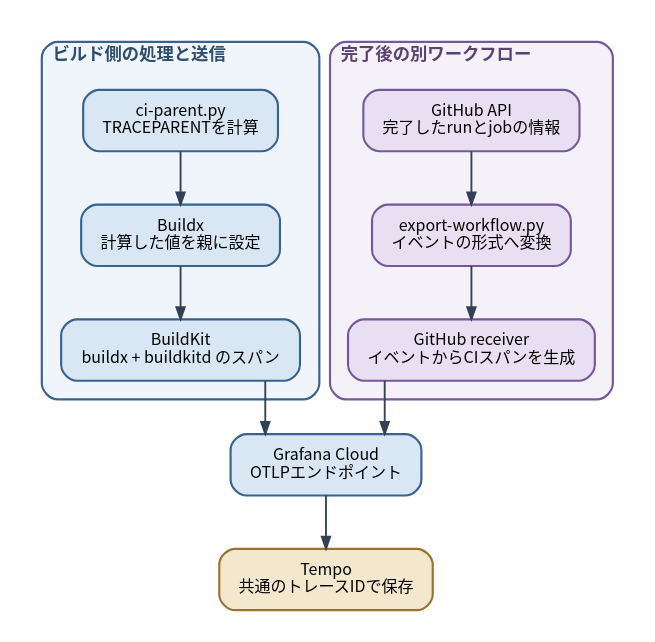
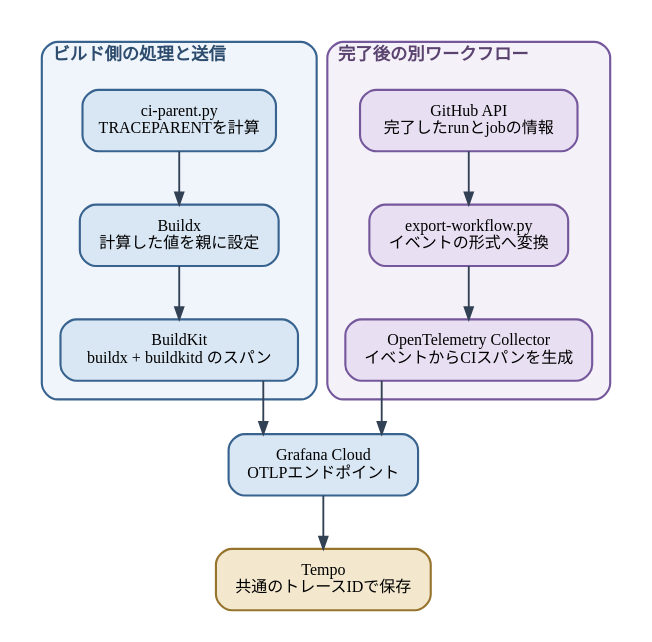
One commit to ymotongpoo/zenn.dev changed the diagram in diagrams/20261028-github-actions-buildkit-otel/20261028-github-actions-buildkit-otel-flow.dot. Above: the diagram before and after it, drawn with Graphviz. The commit also changed 4 other files, not shown here.

```diff
--- a/diagrams/20261028-github-actions-buildkit-otel/20261028-github-actions-buildkit-otel-flow.dot
+++ b/diagrams/20261028-github-actions-buildkit-otel/20261028-github-actions-buildkit-otel-flow.dot
@@ -1,54 +1,54 @@
 // 実証した送信構成を示す独自の図。ソースは以下の2ファイル。
 // https://github.com/ymotongpoo/buildkit-github-actions-otel-spike-20261027/blob/8937d28af8ddcdb5fddace81c0a4815e5a31f51a/scripts/setup-builder.sh
 // https://github.com/ymotongpoo/buildkit-github-actions-otel-spike-20261027/blob/8937d28af8ddcdb5fddace81c0a4815e5a31f51a/scripts/export-workflow.py
 // 矢印はデータの移動だけを表す。親IDの受け渡しもデータとして示し、起動関係は混ぜない。
 // レビューT02により、APIレコードのイベント再構成を独立したノードにした。
 // 左列の時刻は観測した検索可能時刻を示すものではない（C02）。
 digraph ci_buildkit_export {
   graph [
-    fontname="Harano Aji Gothic,Noto Sans CJK JP,IPAGothic", fontsize=13,
+    fontname="IBM Plex Sans JP", fontsize=13,
     rankdir=TB, compound=true, splines=ortho,
     nodesep=0.45, ranksep=0.55, pad=0.22,
     bgcolor="white", newrank=true
   ];
   node [
-    fontname="Harano Aji Gothic,Noto Sans CJK JP,IPAGothic", fontsize=12,
+    fontname="IBM Plex Sans JP", fontsize=12,
     shape=box, style="rounded,filled", penwidth=1.6,
     fillcolor="#D9E7F4", color="#38638F", margin="0.2,0.14"
   ];
   edge [
-    fontname="Harano Aji Gothic,Noto Sans CJK JP,IPAGothic", fontsize=11,
+    fontname="IBM Plex Sans JP", fontsize=11,
     color="#334155", penwidth=1.4, arrowsize=0.9, fontcolor="#1E293B"
   ];
 
   subgraph cluster_build {
     label=<<b>ビルド側の処理と送信</b>>;
     style="rounded"; labeljust="l"; penwidth=1.6; margin=14;
     color="#38638F"; bgcolor="#EFF5FB"; fontcolor="#2E4D6E";
     parent [label="ci-parent.py\nTRACEPARENTを計算"];
     buildx [label="Buildx\n計算した値を親に設定"];
     buildkit [label="BuildKit\nbuildx + buildkitd のスパン"];
     parent -> buildx;
     buildx -> buildkit;
   }
 
   subgraph cluster_ci {
     label=<<b>完了後の別ワークフロー</b>>;
     style="rounded"; labeljust="l"; penwidth=1.6; margin=14;
     color="#75589C"; bgcolor="#F5F1F9"; fontcolor="#5B4370";
     api [fillcolor="#E9DFF2", color="#75589C", label="GitHub API\n完了したrunとjobの情報"];
     transform [fillcolor="#E9DFF2", color="#75589C", label="export-workflow.py\nイベントの形式へ変換"];
-    receiver [fillcolor="#E9DFF2", color="#75589C", label="GitHub receiver\nイベントからCIスパンを生成"];
+    receiver [fillcolor="#E9DFF2", color="#75589C", label="OpenTelemetry Collector\nイベントからCIスパンを生成"];
     api -> transform;
     transform -> receiver;
   }
 
   gateway [label="Grafana Cloud\nOTLPエンドポイント"];
   tempo [fillcolor="#F3E8CE", color="#96742E", label="Tempo\n共通のトレースIDで保存"];
   { rank=same; parent; api; }
   { rank=same; buildx; transform; }
   { rank=same; buildkit; receiver; }
   buildkit -> gateway;
   receiver -> gateway;
   gateway -> tempo;
 }
```
